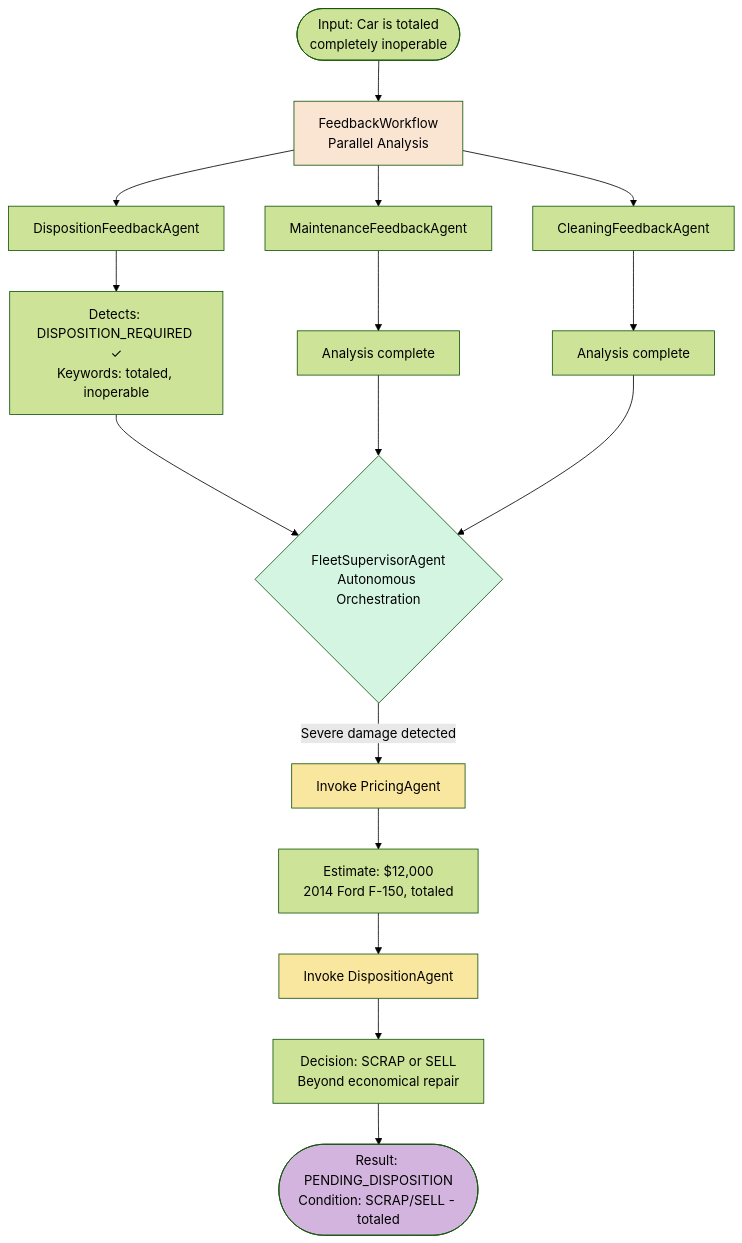
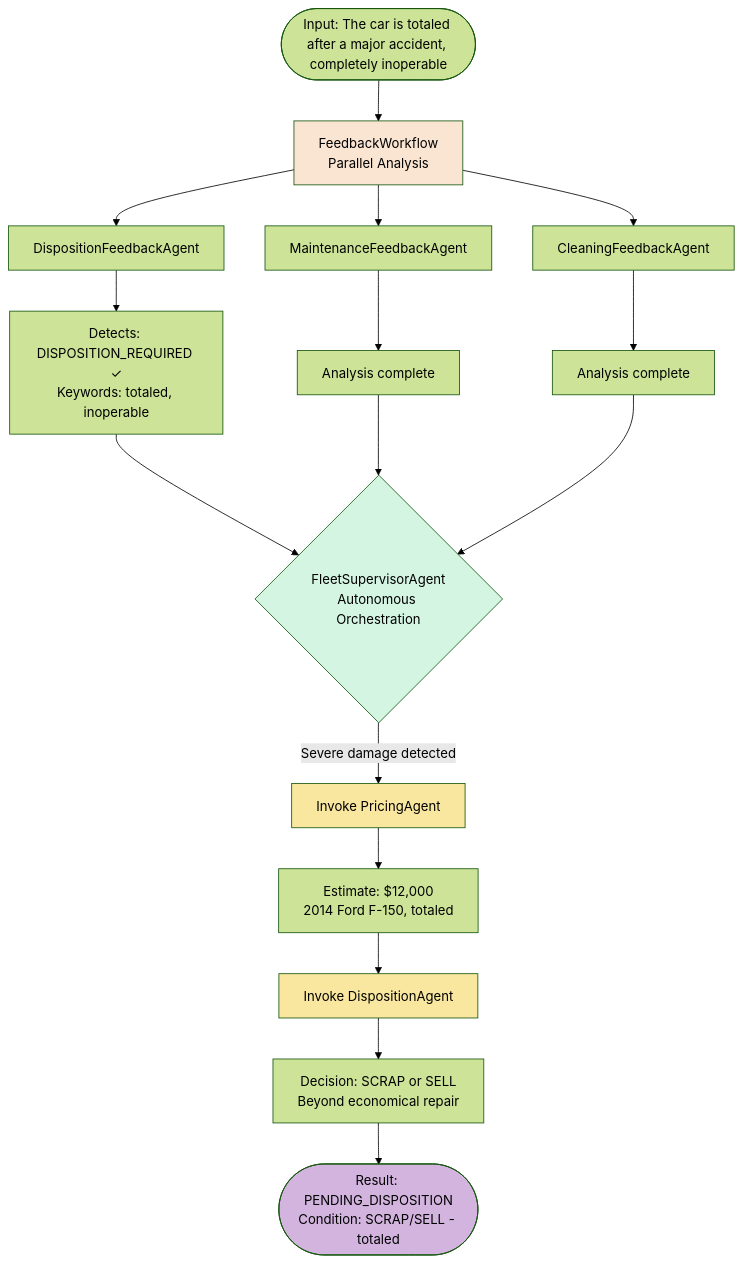
One commit to mbroz2/jcon-europe-2026 changed the third of 5 diagrams in docs/docs/step-04.md. Above: the diagram before and after it, drawn with Mermaid (forest theme). The commit also changed other lines of this file, not shown here.

````diff
--- a/docs/docs/step-04.md
+++ b/docs/docs/step-04.md
@@ -421,30 +425,30 @@
 ```mermaid
 flowchart TD
-    Start([Input: Car is totaled<br/>completely inoperable])
+    Start([Input: The car is totaled after a major accident, completely inoperable])
     
     Start --> FW[FeedbackWorkflow<br/>Parallel Analysis]
     
     FW --> DFA[DispositionFeedbackAgent]
     FW --> MFA[MaintenanceFeedbackAgent]
     FW --> CFA[CleaningFeedbackAgent]
     
     DFA --> DR[Detects: DISPOSITION_REQUIRED ✓<br/>Keywords: totaled, inoperable]
     MFA --> MR[Analysis complete]
     CFA --> CR[Analysis complete]
     
     DR --> FSA{FleetSupervisorAgent<br/>Autonomous Orchestration}
     MR --> FSA
     CR --> FSA
     
     FSA -->|Severe damage detected| PA[Invoke PricingAgent]
     PA --> PV[Estimate: $12,000<br/>2014 Ford F-150, totaled]
     PV --> DA[Invoke DispositionAgent]
     DA --> DD[Decision: SCRAP or SELL<br/>Beyond economical repair]
     DD --> Result([Result: PENDING_DISPOSITION<br/>Condition: SCRAP/SELL - totaled])
     
     style FW fill:#FAE5D3
     style FSA fill:#D5F5E3
     style PA fill:#F9E79F
     style DA fill:#F9E79F
     style Result fill:#D2B4DE
 ```
````
